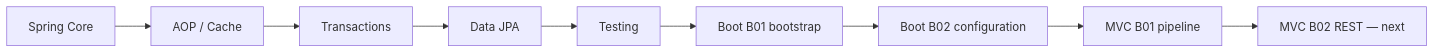
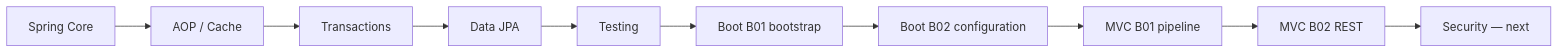
The diagram in 01_MAPS/Spring Map.md (alimbetov/obsidian), drawn with Mermaid before and after one commit. The commit also changed other lines of this file, not shown here.

Commit message:
docs: publish SPRING-MVC-B02 in Spring Map

````diff
--- a/01_MAPS/Spring Map.md
+++ b/01_MAPS/Spring Map.md
@@ -30,11 +31,12 @@
 ```mermaid
 flowchart LR
     CORE["Spring Core"] --> AOP["AOP / Cache"]
     AOP --> TX["Transactions"]
     TX --> DATA["Data JPA"]
     DATA --> TEST["Testing"]
     TEST --> B1["Boot B01 bootstrap"]
     B1 --> B2["Boot B02 configuration"]
     B2 --> MVC1["MVC B01 pipeline"]
-    MVC1 --> MVC2["MVC B02 REST — next"]
+    MVC1 --> MVC2["MVC B02 REST"]
+    MVC2 --> SEC["Security — next"]
 ```
````
